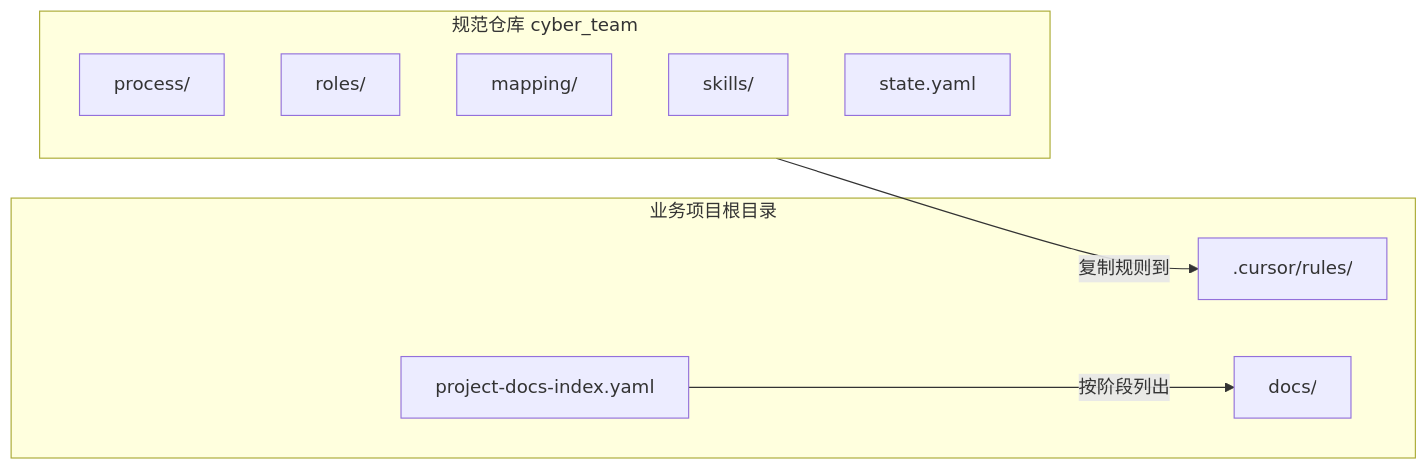
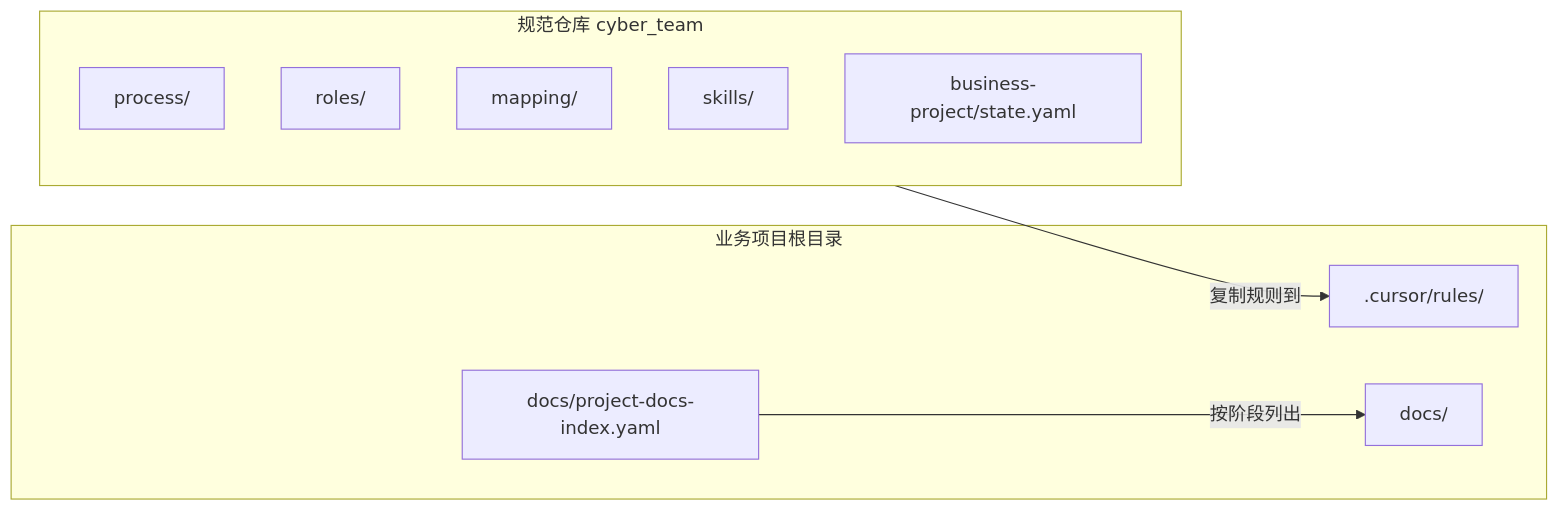
The second of 2 diagrams in docs/Cursor-多会话协作落地方案.md (g992com/cyber_team), drawn with Mermaid before and after one commit. The commit also changed other lines of this file and 15 other files, not shown here.

````diff
--- a/docs/Cursor-多会话协作落地方案.md
+++ b/docs/Cursor-多会话协作落地方案.md
@@ -426,17 +427,17 @@
 ```mermaid
 flowchart LR
   subgraph biz [业务项目根目录]
-    index[project-docs-index.yaml]
+    index[docs/project-docs-index.yaml]
     cursor_rules[.cursor/rules/]
     docs[docs/]
   end
   subgraph norm [规范仓库 cyber_team]
     process[process/]
     roles[roles/]
     mapping[mapping/]
     skills[skills/]
-    state[state.yaml]
+    state[business-project/state.yaml]
   end
   norm -->|"复制规则到"| cursor_rules
   index -->|"按阶段列出"| docs
 ```
````
